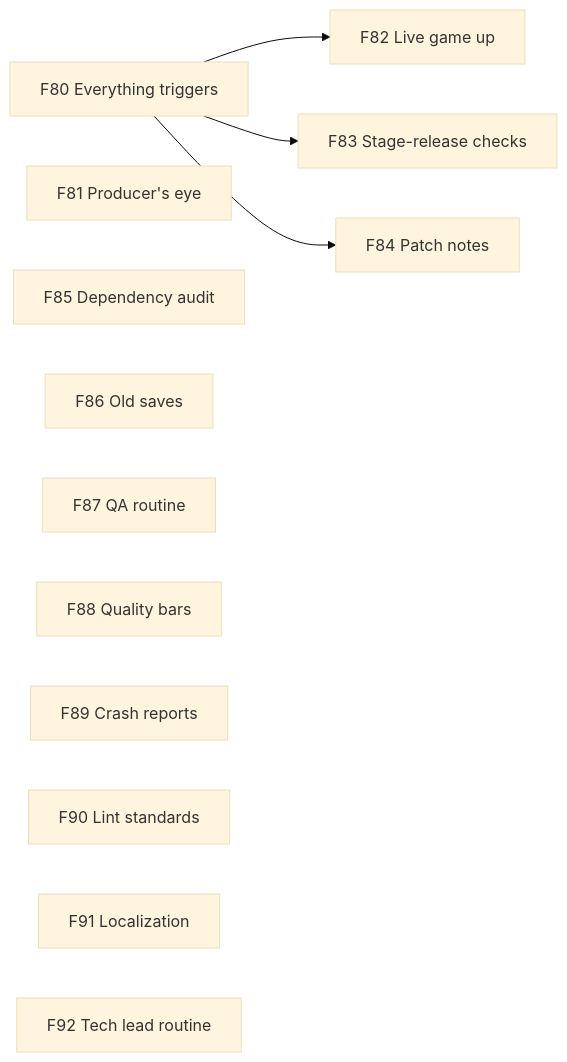
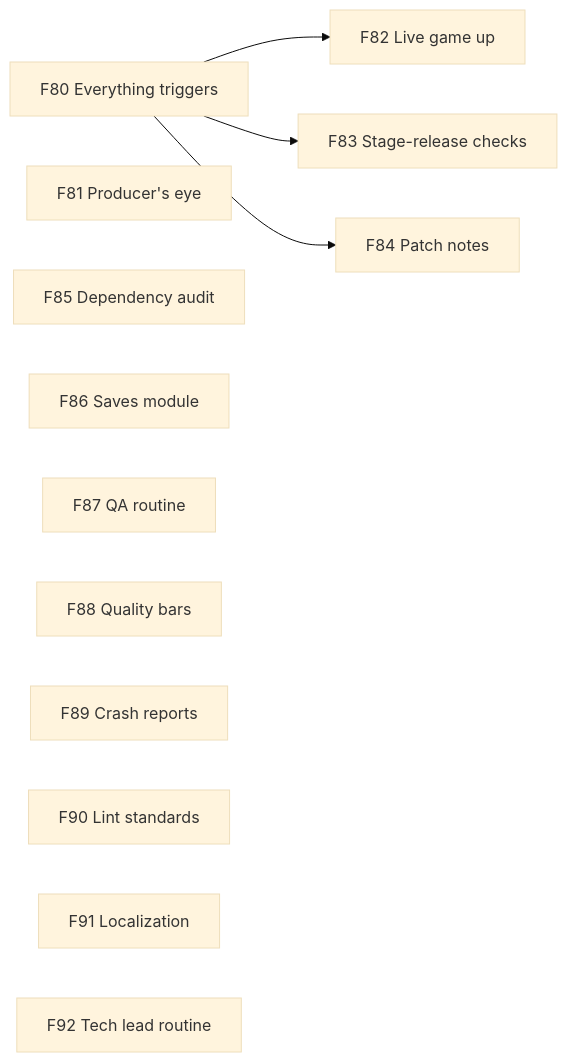
The eighth of 8 diagrams in .planning/ROADMAP.md (TheBlueMuzzy/framework), drawn with Mermaid (base theme) before and after one commit. The commit also changed other lines of this file and 2 other files, not shown here.

Commit message:
Plan: F86 becomes the Saves module; framework /deliver after sprint 14 (Muzzy)

````diff
--- a/.planning/ROADMAP.md
+++ b/.planning/ROADMAP.md
@@ -202,15 +202,15 @@
 ```mermaid
 flowchart LR
   F80[F80 Everything triggers] --> F82[F82 Live game up]
   F80 --> F83[F83 Stage-release checks]
   F80 --> F84[F84 Patch notes]
   F81[F81 Producer's eye]
   F85[F85 Dependency audit]
-  F86[F86 Old saves]
+  F86[F86 Saves module]
   F87[F87 QA routine]
   F88[F88 Quality bars]
   F89[F89 Crash reports]
   F90[F90 Lint standards]
   F91[F91 Localization]
   F92[F92 Tech lead routine]
 ```
````
